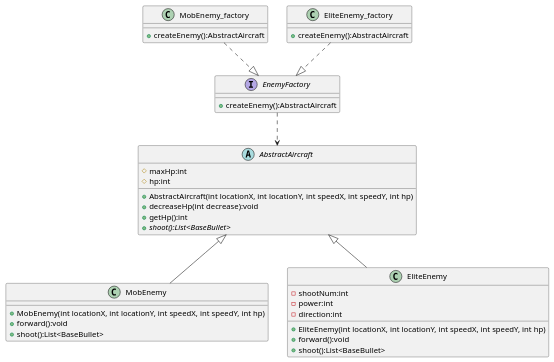
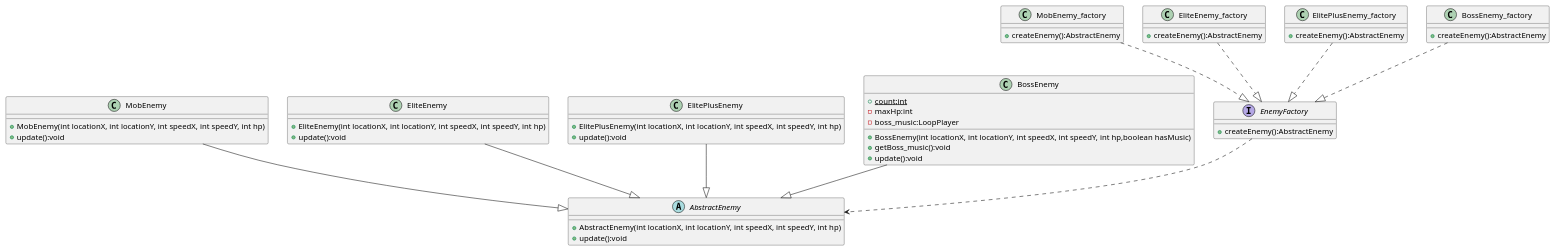
One commit to simple-luck/AircraftWar changed the diagram in uml/Enemyfactory.puml. Above: the diagram before and after it, drawn with PlantUML. The commit also changed 19 other files, not shown here.

```diff
--- a/uml/Enemyfactory.puml
+++ b/uml/Enemyfactory.puml
@@ -1,52 +1,68 @@
 @startuml
 'https://plantuml.com/sequence-diagram
 '敌机的工厂模式
 
 interface EnemyFactory{
-     + createEnemy():AbstractAircraft
+     + createEnemy():AbstractEnemy
 }
 
 
 class MobEnemy_factory{
-    + createEnemy():AbstractAircraft
+    + createEnemy():AbstractEnemy
 }
 
 
 class EliteEnemy_factory{
-    + createEnemy():AbstractAircraft
+    + createEnemy():AbstractEnemy
+}
+
+class ElitePlusEnemy_factory{
+    + createEnemy():AbstractEnemy
+}
+class BossEnemy_factory{
+    + createEnemy():AbstractEnemy
 }
 
 EliteEnemy_factory ..|> EnemyFactory
 MobEnemy_factory..|> EnemyFactory
 
-EnemyFactory..>AbstractAircraft
+ElitePlusEnemy_factory ..|> EnemyFactory
+BossEnemy_factory..|> EnemyFactory
 
-abstract class AbstractAircraft
-{
-	# maxHp:int
-    # hp:int
-    + AbstractAircraft(int locationX, int locationY, int speedX, int speedY, int hp)
-    + decreaseHp(int decrease):void
-    + getHp():int
-    + {abstract} shoot():List<BaseBullet>
- }
+EnemyFactory..>AbstractEnemy
+
+abstract class AbstractEnemy{
+    + AbstractEnemy(int locationX, int locationY, int speedX, int speedY, int hp)
+    + update():void
+}
 
 
 class MobEnemy {
     + MobEnemy(int locationX, int locationY, int speedX, int speedY, int hp)
-    + forward():void
-    + shoot():List<BaseBullet>
+    + update():void
 }
-AbstractAircraft <|-- MobEnemy
 
 class EliteEnemy{
-    - shootNum:int
-    - power:int
-    - direction:int
     + EliteEnemy(int locationX, int locationY, int speedX, int speedY, int hp)
-    + forward():void
-    + shoot():List<BaseBullet>
+    + update():void
 }
-AbstractAircraft <|-- EliteEnemy
+
+class ElitePlusEnemy{
+    + ElitePlusEnemy(int locationX, int locationY, int speedX, int speedY, int hp)
+    + update():void
+}
+class BossEnemy{
+    + {static}count:int
+    - maxHp:int
+    - boss_music:LoopPlayer
+    + BossEnemy(int locationX, int locationY, int speedX, int speedY, int hp,boolean hasMusic)
+    + getBoss_music():void
+    + update():void
+}
+
+MobEnemy--|>AbstractEnemy
+EliteEnemy--|>AbstractEnemy
+ElitePlusEnemy--|>AbstractEnemy
+BossEnemy--|>AbstractEnemy
 
 @enduml
```
